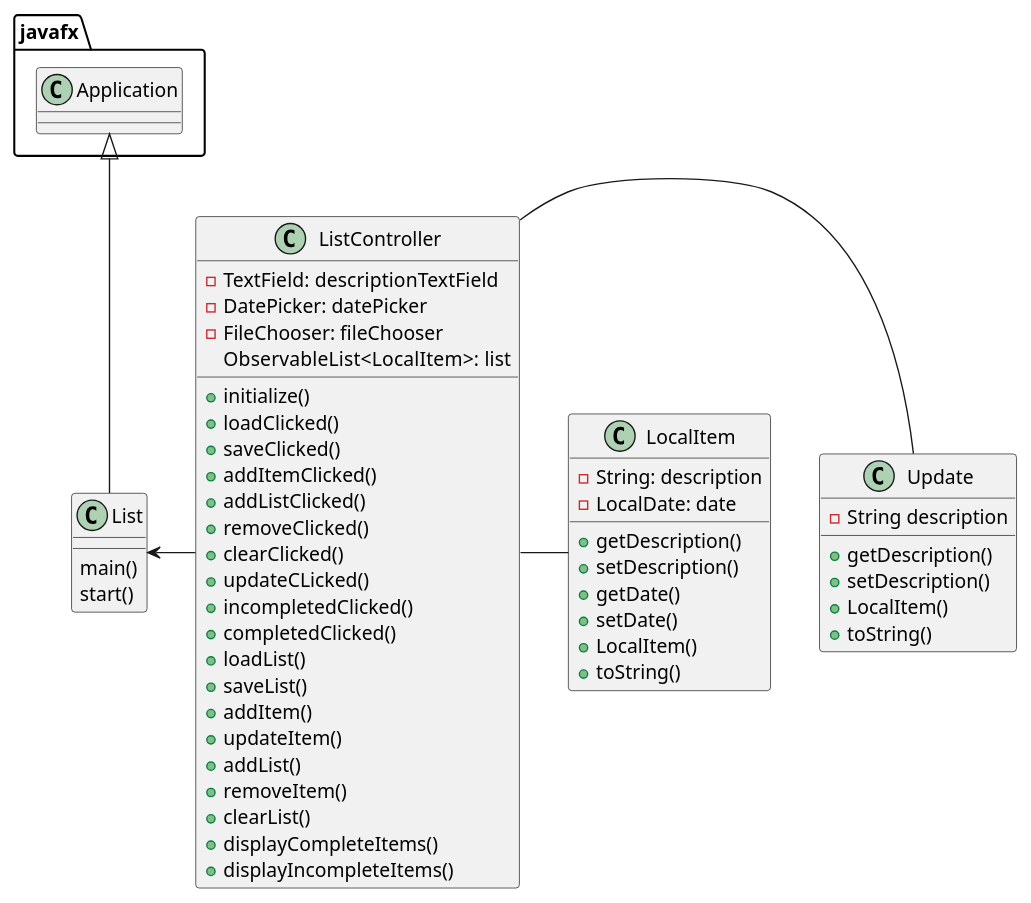
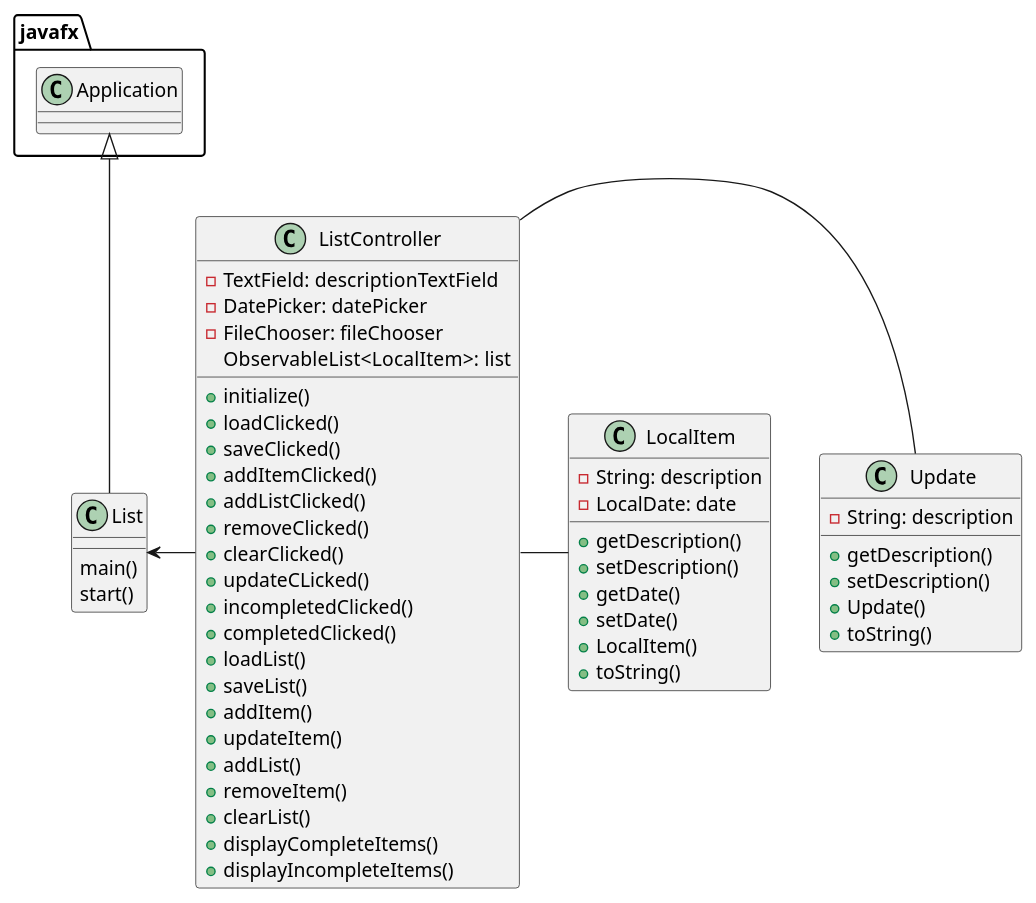
One commit to lcorona26/corona-cop3330-assignment4part2 changed the diagram in uml/Classes.puml. Above: the diagram before and after it, drawn with PlantUML.

Commit message:
Assignment 4 Part 2 Final Commit

```diff
--- a/uml/Classes.puml
+++ b/uml/Classes.puml
@@ -1,67 +1,67 @@
 @startuml
 
 'https://plantuml.com/class-diagram
 
 class List{
     main()
     start()
 }
 
 class ListController{
 
     -TextField: descriptionTextField
     -DatePicker: datePicker
     -FileChooser: fileChooser
     ObservableList<LocalItem>:  list
 
     + initialize()
     + loadClicked()
     + saveClicked()
     + addItemClicked()
     + addListClicked()
     + removeClicked()
     + clearClicked()
     + updateCLicked()
     + incompletedClicked()
     + completedClicked()
     + loadList()
     + saveList()
     + addItem()
     + updateItem()
     + addList()
     + removeItem()
     + clearList()
     + displayCompleteItems()
     + displayIncompleteItems()
 
 }
 class LocalItem{
 
     - String: description
     - LocalDate: date
 
     + getDescription()
     + setDescription()
     + getDate()
     + setDate()
     + LocalItem()
     + toString()
 
 }
 class Update{
-     - String description
+     - String: description
 
      + getDescription()
      + setDescription()
-     + LocalItem()
+     + Update()
      + toString()
 }
 
 javafx.Application <|-- List
 
 List <- ListController
 ListController - Update
 ListController - LocalItem
 
 
 @enduml
```
